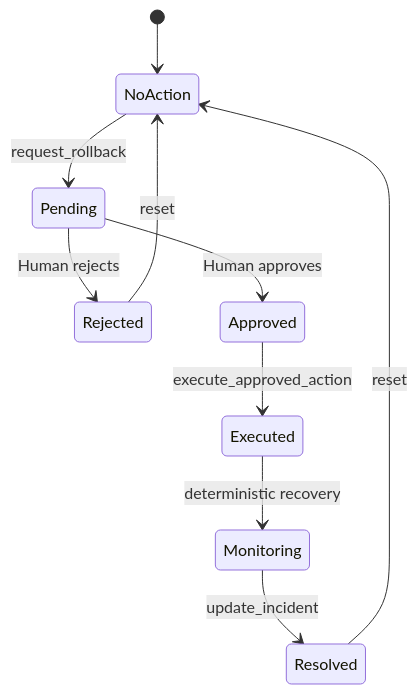
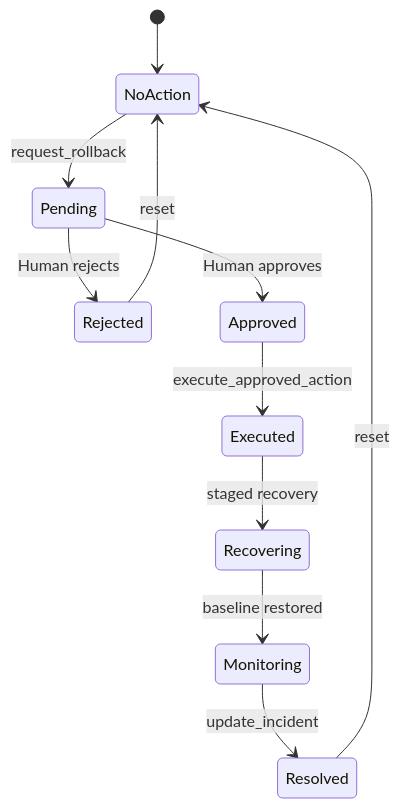
The second of 2 diagrams in docs/ARCHITECTURE.md (la3679/webops-commander), drawn with Mermaid before and after one commit. The commit also changed other lines of this file and 3 other files, not shown here.

````diff
--- a/docs/ARCHITECTURE.md
+++ b/docs/ARCHITECTURE.md
@@ -72,12 +111,13 @@
 ```mermaid
 stateDiagram-v2
   [*] --> NoAction
   NoAction --> Pending: request_rollback
   Pending --> Rejected: Human rejects
   Pending --> Approved: Human approves
   Approved --> Executed: execute_approved_action
-  Executed --> Monitoring: deterministic recovery
+  Executed --> Recovering: staged recovery
+  Recovering --> Monitoring: baseline restored
   Monitoring --> Resolved: update_incident
   Rejected --> NoAction: reset
   Resolved --> NoAction: reset
 ```
````
